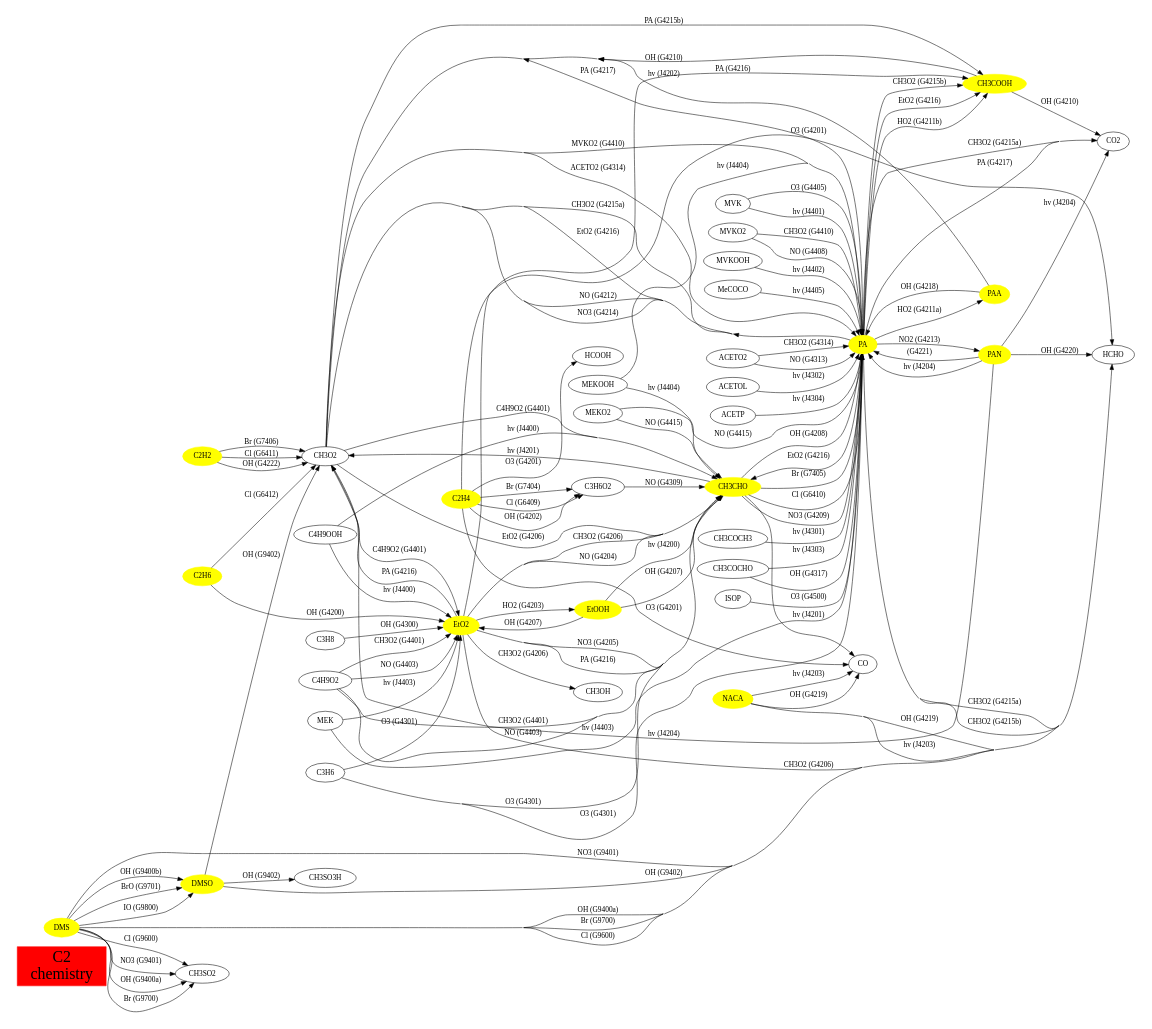
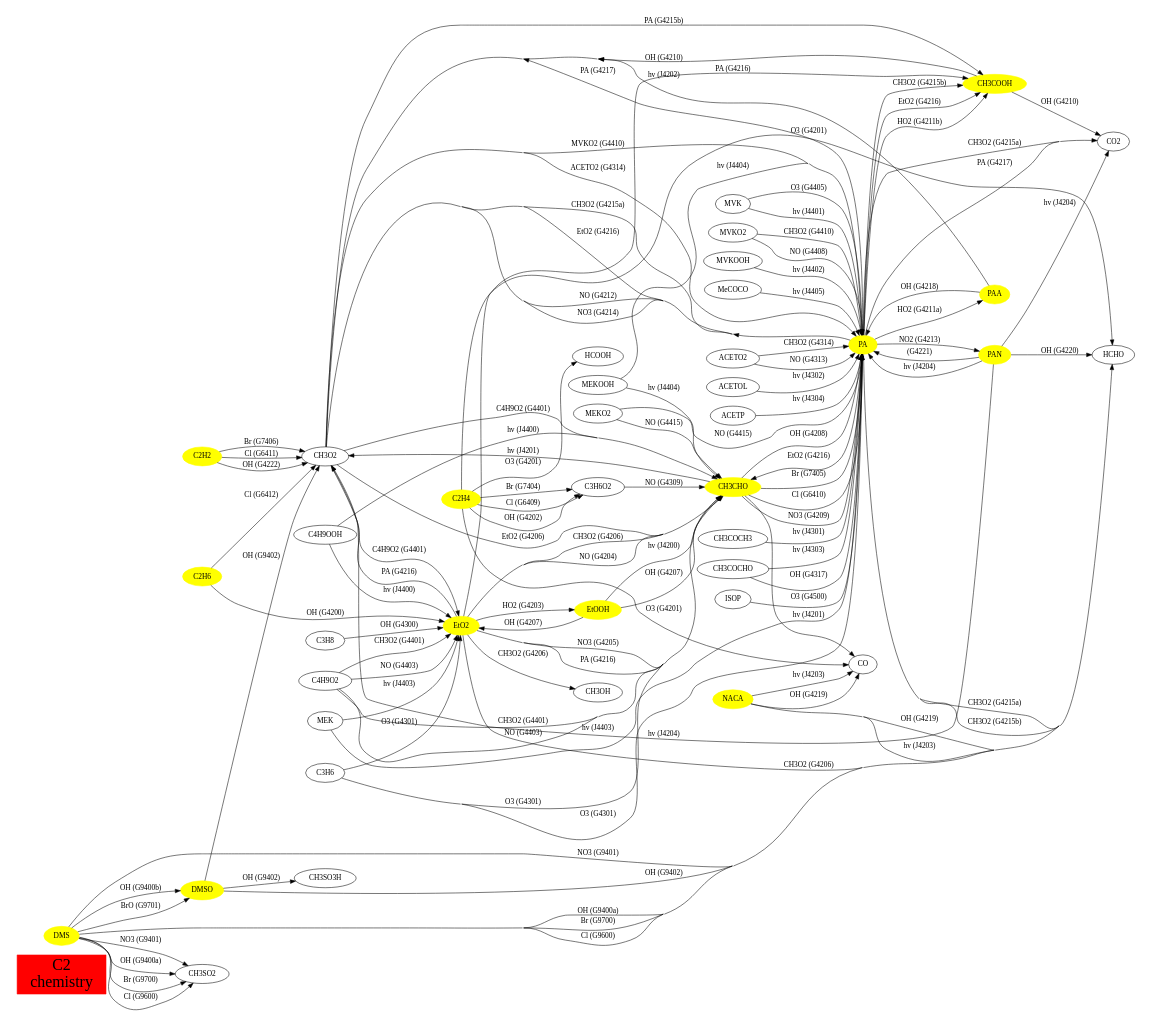
The diagram in mecca/graphviz/C2.dot (HartwigHarder/CAABA), drawn with Graphviz before and after one commit. The commit also changed 86 other files, not shown here.

```diff
--- a/mecca/graphviz/C2.dot
+++ b/mecca/graphviz/C2.dot
@@ -1,135 +1,134 @@
 // Created automatically by xgraphviz, DO NOT EDIT!
 digraph C2 {
   concentrate=true;
   rankdir=LR;
   size="8,8";
 "C2\nchemistry"
   [shape=box, fontsize=30,
   style="filled", color=red];
 subgraph species {
 node[shape=oval,
   color=yellow,
   style="filled"];
 C2H2
 C2H4
 C2H6
 CH3CHO
 CH3COOH
 DMS
 DMSO
 EtO2
 EtOOH
 NACA
 PA
 PAA
 PAN
 }
 ACETO2 -> PA [label = "CH3O2 (G4314)"];
 ACETO2 -> PA [label = "NO (G4313)"];
 ACETOL -> PA [label = "hv (J4302)"];
 ACETP -> PA [label = "hv (J4304)"];
 C2H2 -> CH3O2 [label = "Br (G7406)"];
 C2H2 -> CH3O2 [label = "Cl (G6411)"];
 C2H2 -> CH3O2 [label = "OH (G4222)"];
 C2H4 -> C3H6O2 [label = "Br (G7404)"];
 C2H4 -> C3H6O2 [label = "Cl (G6409)"];
 C2H4 -> C3H6O2 [label = "OH (G4202)"];
 C2H4 -> CO [label = "O3 (G4201)"];
 C2H4 -> HCHO [label = "O3 (G4201)"];
 C2H4 -> HCOOH [label = "O3 (G4201)"];
 C2H6 -> CH3O2 [label = "Cl (G6412)"];
 C2H6 -> EtO2 [label = "OH (G4200)"];
 C3H6 -> CH3CHO [label = "O3 (G4301)"];
 C3H6 -> EtO2 [label = "O3 (G4301)"];
 C3H6 -> PA [label = "O3 (G4301)"];
 C3H6O2 -> CH3CHO [label = "NO (G4309)"];
 C3H8 -> EtO2 [label = "OH (G4300)"];
 C4H9O2 -> CH3CHO [label = "CH3O2 (G4401)"];
 C4H9O2 -> CH3CHO [label = "NO (G4403)"];
 C4H9O2 -> EtO2 [label = "CH3O2 (G4401)"];
 C4H9O2 -> EtO2 [label = "NO (G4403)"];
 C4H9OOH -> CH3CHO [label = "hv (J4400)"];
 C4H9OOH -> EtO2 [label = "hv (J4400)"];
 CH3CHO -> CH3O2 [label = "hv (J4201)"];
 CH3CHO -> CO [label = "hv (J4201)"];
 CH3CHO -> PA [label = "Br (G7405)"];
 CH3CHO -> PA [label = "Cl (G6410)"];
 CH3CHO -> PA [label = "NO3 (G4209)"];
 CH3CHO -> PA [label = "OH (G4208)"];
 CH3COCH3 -> PA [label = "hv (J4301)"];
 CH3COCHO -> PA [label = "OH (G4317)"];
 CH3COCHO -> PA [label = "hv (J4303)"];
 CH3COOH -> CH3O2 [label = "OH (G4210)"];
 CH3COOH -> CO2 [label = "OH (G4210)"];
 CH3O2 -> CH3CHO [label = "C4H9O2 (G4401)"];
 CH3O2 -> CH3CHO [label = "EtO2 (G4206)"];
 CH3O2 -> CH3COOH [label = "PA (G4215b)"];
 CH3O2 -> EtO2 [label = "C4H9O2 (G4401)"];
 CH3O2 -> PA [label = "ACETO2 (G4314)"];
 CH3O2 -> PA [label = "MVKO2 (G4410)"];
 DMS -> CH3SO2 [label = "Br (G9700)"];
 DMS -> CH3SO2 [label = "Cl (G9600)"];
 DMS -> CH3SO2 [label = "NO3 (G9401)"];
 DMS -> CH3SO2 [label = "OH (G9400a)"];
 DMS -> DMSO [label = "BrO (G9701)"];
-DMS -> DMSO [label = "IO (G9800)"];
 DMS -> DMSO [label = "OH (G9400b)"];
 DMS -> HCHO [label = "Br (G9700)"];
 DMS -> HCHO [label = "Cl (G9600)"];
 DMS -> HCHO [label = "NO3 (G9401)"];
 DMS -> HCHO [label = "OH (G9400a)"];
 DMSO -> CH3O2 [label = "OH (G9402)"];
 DMSO -> CH3SO3H [label = "OH (G9402)"];
 DMSO -> HCHO [label = "OH (G9402)"];
 EtO2 -> CH3CHO [label = "CH3O2 (G4206)"];
 EtO2 -> CH3CHO [label = "NO (G4204)"];
 EtO2 -> CH3CHO [label = "NO3 (G4205)"];
 EtO2 -> CH3CHO [label = "PA (G4216)"];
 EtO2 -> CH3COOH [label = "PA (G4216)"];
 EtO2 -> CH3O2 [label = "PA (G4216)"];
 EtO2 -> CH3OH [label = "CH3O2 (G4206)"];
 EtO2 -> EtOOH [label = "HO2 (G4203)"];
 EtO2 -> HCHO [label = "CH3O2 (G4206)"];
 EtOOH -> CH3CHO [label = "OH (G4207)"];
 EtOOH -> CH3CHO [label = "hv (J4200)"];
 EtOOH -> EtO2 [label = "OH (G4207)"];
 ISOP -> PA [label = "O3 (G4500)"];
 MEK -> EtO2 [label = "hv (J4403)"];
 MEK -> PA [label = "hv (J4403)"];
 MEKO2 -> CH3CHO [label = "NO (G4415)"];
 MEKO2 -> PA [label = "NO (G4415)"];
 MEKOOH -> CH3CHO [label = "hv (J4404)"];
 MEKOOH -> PA [label = "hv (J4404)"];
 MVK -> PA [label = "O3 (G4405)"];
 MVK -> PA [label = "hv (J4401)"];
 MVKO2 -> PA [label = "CH3O2 (G4410)"];
 MVKO2 -> PA [label = "NO (G4408)"];
 MVKOOH -> PA [label = "hv (J4402)"];
 MeCOCO -> PA [label = "hv (J4405)"];
 NACA -> CO [label = "OH (G4219)"];
 NACA -> CO [label = "hv (J4203)"];
 NACA -> HCHO [label = "OH (G4219)"];
 NACA -> HCHO [label = "hv (J4203)"];
 PA -> CH3CHO [label = "EtO2 (G4216)"];
 PA -> CH3COOH [label = "CH3O2 (G4215b)"];
 PA -> CH3COOH [label = "EtO2 (G4216)"];
 PA -> CH3COOH [label = "HO2 (G4211b)"];
 PA -> CH3O2 [label = "CH3O2 (G4215a)"];
 PA -> CH3O2 [label = "EtO2 (G4216)"];
 PA -> CH3O2 [label = "NO (G4212)"];
 PA -> CH3O2 [label = "NO3 (G4214)"];
 PA -> CH3O2 [label = "PA (G4217)"];
 PA -> CO2 [label = "CH3O2 (G4215a)"];
 PA -> CO2 [label = "PA (G4217)"];
 PA -> HCHO [label = "CH3O2 (G4215a)"];
 PA -> HCHO [label = "CH3O2 (G4215b)"];
 PA -> PAA [label = "HO2 (G4211a)"];
 PA -> PAN [label = "NO2 (G4213)"];
 PAA -> CH3O2 [label = "hv (J4202)"];
 PAA -> PA [label = "OH (G4218)"];
 PAN -> CH3O2 [label = "hv (J4204)"];
 PAN -> CO2 [label = "hv (J4204)"];
 PAN -> HCHO [label = "OH (G4220)"];
 PAN -> PA [label = " (G4221)"];
 PAN -> PA [label = "hv (J4204)"];
 }
```
